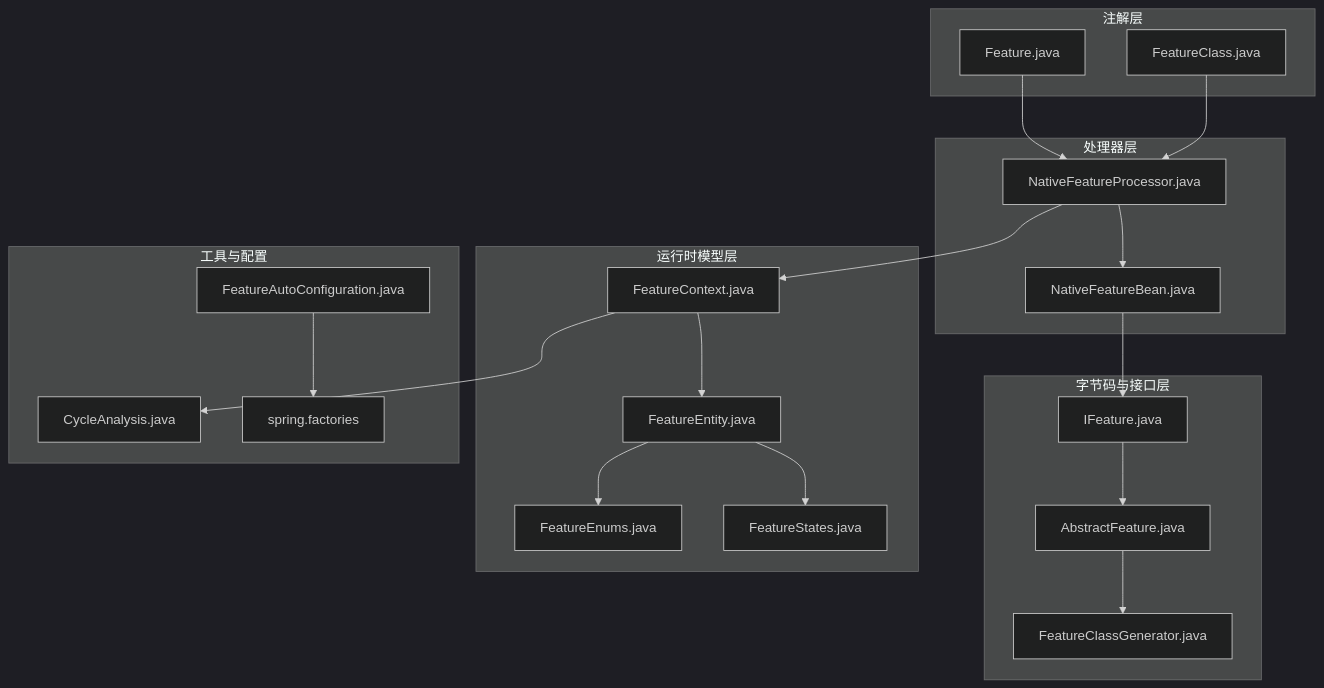
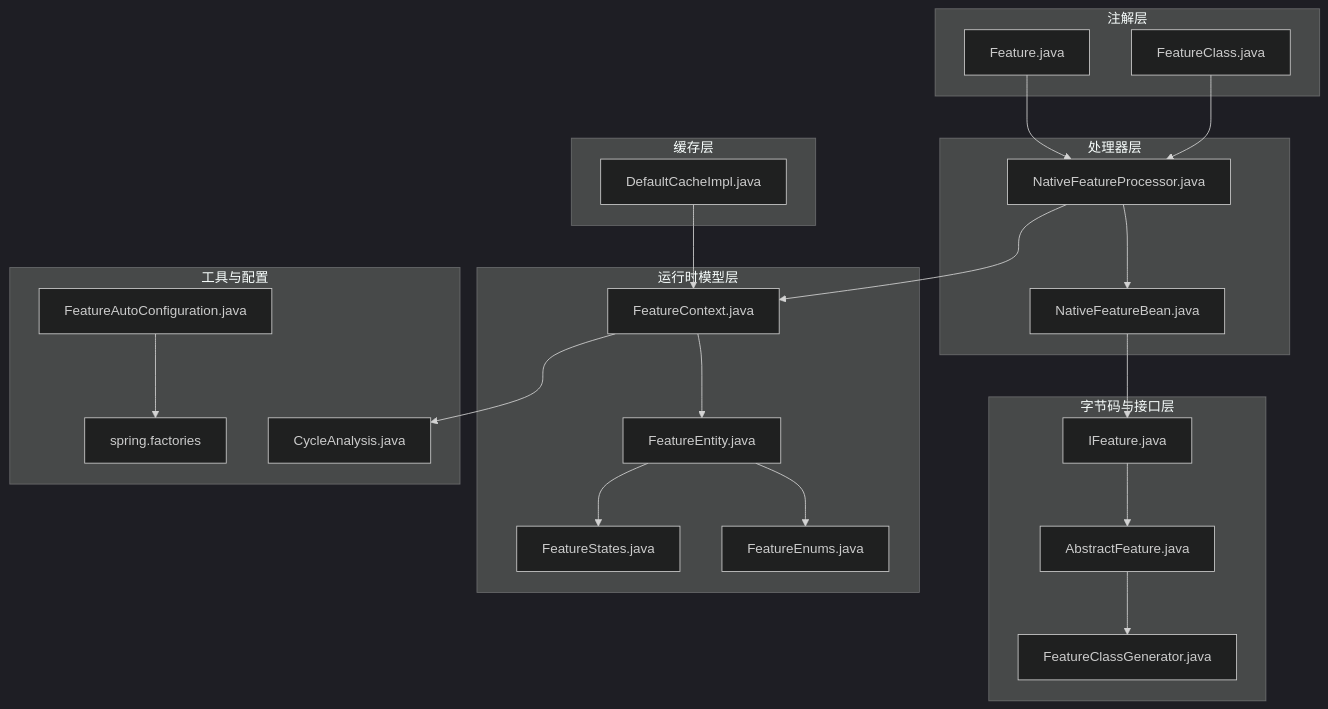
Before and after one commit to txzhanghuan/feature: the first of 9 diagrams in .qoder/repowiki/zh/content/核心架构.md, drawn with Mermaid (dark theme). The commit also changed other lines of this file and 48 other files, not shown here.

````diff
--- a/.qoder/repowiki/zh/content/核心架构.md
+++ b/.qoder/repowiki/zh/content/核心架构.md
@@ -54,39 +67,43 @@
 ```mermaid
 graph TB
 subgraph "注解层"
 A1["Feature.java"]
 A2["FeatureClass.java"]
 end
 subgraph "字节码与接口层"
 C1["IFeature.java"]
 C2["AbstractFeature.java"]
 C3["FeatureClassGenerator.java"]
 end
 subgraph "运行时模型层"
 R1["FeatureContext.java"]
 R2["FeatureEntity.java"]
 R3["FeatureEnums.java"]
 R4["FeatureStates.java"]
 end
 subgraph "处理器层"
 P1["NativeFeatureProcessor.java"]
 P2["NativeFeatureBean.java"]
 end
 subgraph "工具与配置"
 T1["CycleAnalysis.java"]
 F1["FeatureAutoConfiguration.java"]
 S1["spring.factories"]
 end
+subgraph "缓存层"
+CA1["DefaultCacheImpl.java"]
+end
 A1 --> P1
 A2 --> P1
 P1 --> P2
 P2 --> C1
 C1 --> C2
 C2 --> C3
 P1 --> R1
 R1 --> R2
 R2 --> R3
 R2 --> R4
 R1 --> T1
 F1 --> S1
+CA1 --> R1
 ```
````
